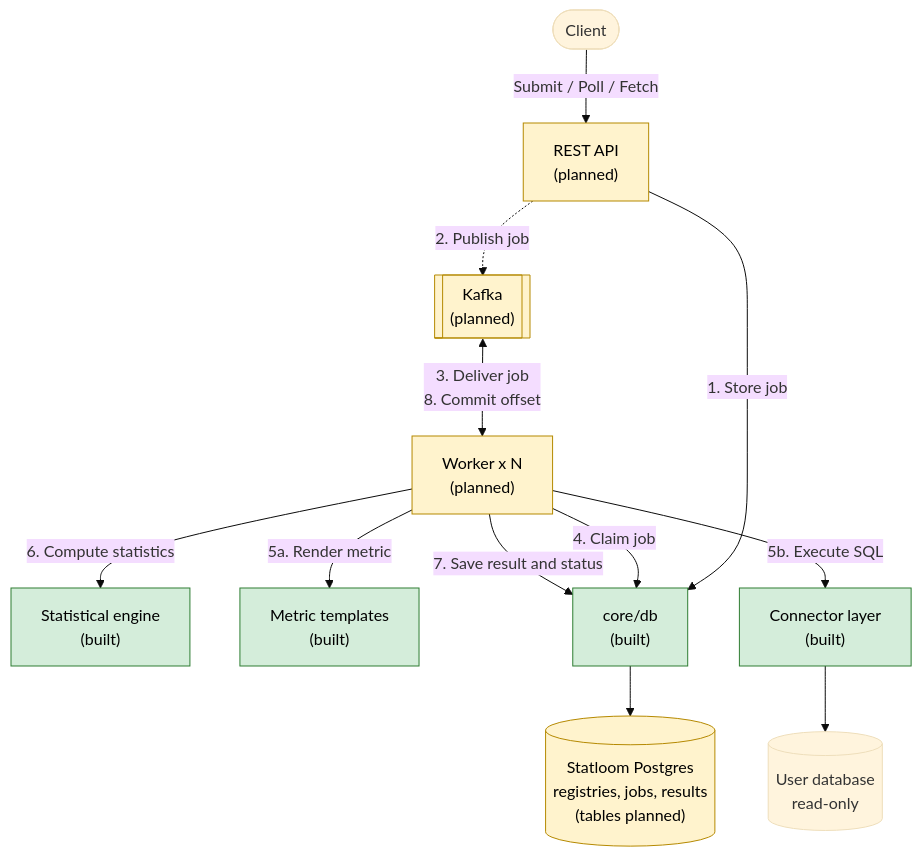
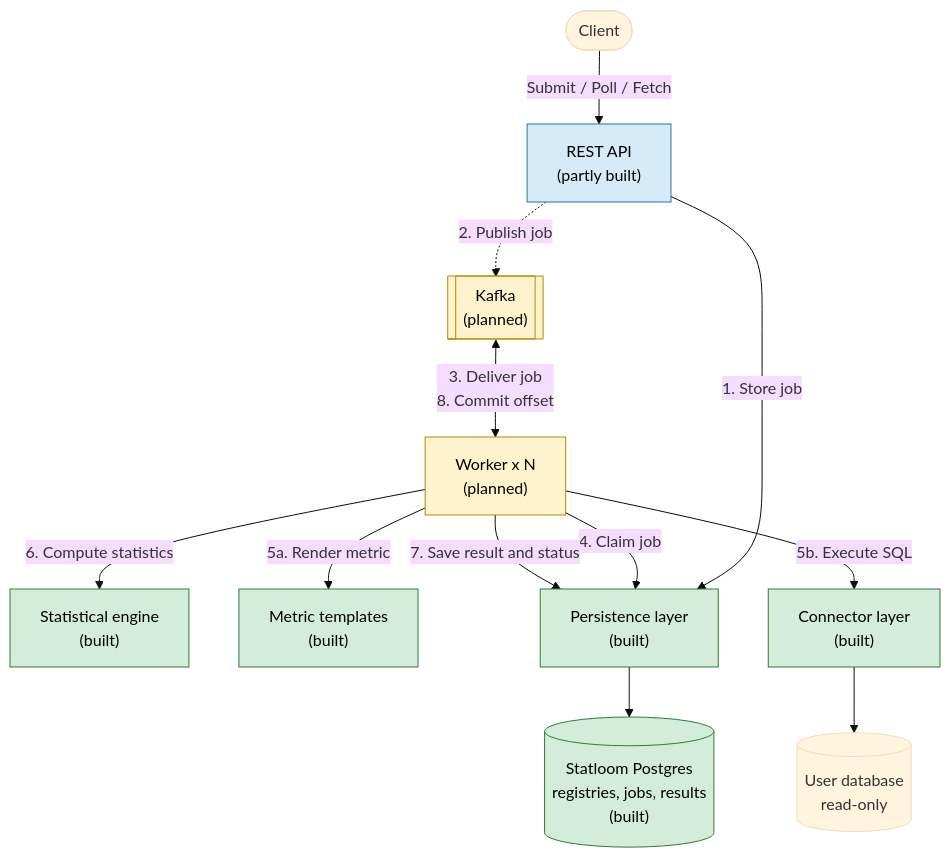
The diagram in README.md (faithscript/statloom), drawn with Mermaid (base theme) before and after one commit. The commit also changed other lines of this file and 37 other files, not shown here.

````diff
--- a/README.md
+++ b/README.md
@@ -27,30 +29,32 @@
 ```mermaid
 flowchart TD
 Client([Client])
-API["REST API<br/>(planned)"]
+API["REST API<br/>(partly built)"]
 K[["Kafka<br/>(planned)"]]
 W["Worker x N<br/>(planned)"]
 ENG["Statistical engine<br/>(built)"]
 MET["Metric templates<br/>(built)"]
 CONN["Connector layer<br/>(built)"]
 UDB[("User database<br/>read-only")]
-DB["core/db<br/>(built)"]
-PG[("Statloom Postgres<br/>registries, jobs, results<br/>(tables planned)")]
+DB["Persistence layer<br/>(built)"]
+PG[("Statloom Postgres<br/>registries, jobs, results<br/>(built)")]
 
 Client -->|"Submit / Poll / Fetch"| API
 API -->|"1. Store job"| DB
 API -.->|"2. Publish job"| K
 K <-->|"3. Deliver job<br/>8. Commit offset"| W
 W -->|"4. Claim job"| DB
 W -->|"5a. Render metric"| MET
 W -->|"5b. Execute SQL"| CONN
 CONN --> UDB
 W -->|"6. Compute statistics"| ENG
 W -->|"7. Save result and status"| DB
 DB --> PG
 
 classDef built fill:#d4edda,stroke:#2e7d32,color:#000
+classDef partial fill:#d6eaf8,stroke:#2874a6,color:#000
 classDef planned fill:#fff3cd,stroke:#b58900,color:#000
-class CONN,DB,MET,ENG built
-class API,K,W,PG planned
+class CONN,DB,MET,ENG,PG built
+class API partial
+class K,W planned
 ```
````
